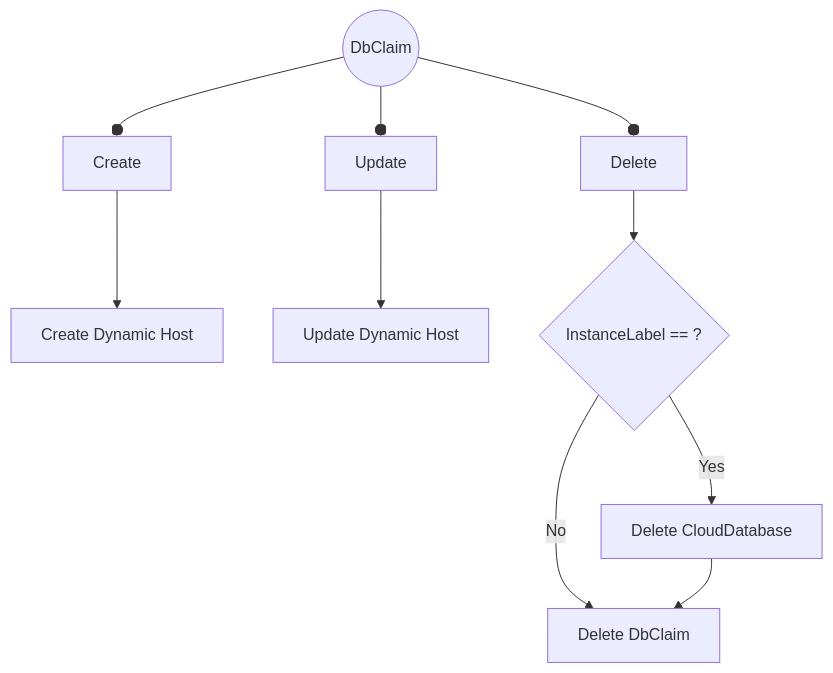
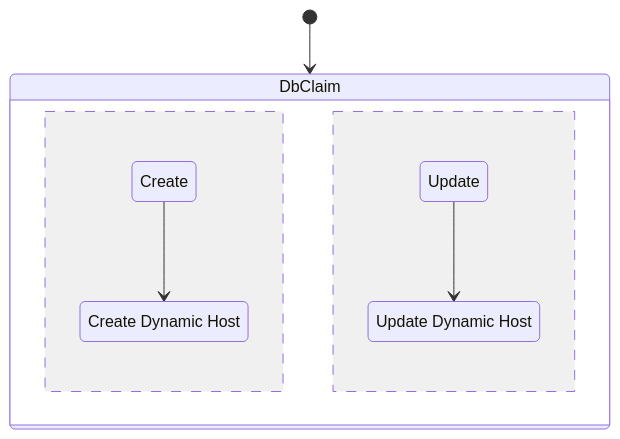
One commit to infobloxopen/db-controller changed the seventh of 8 diagrams in docs/index.md. Above: the diagram before and after it, drawn with Mermaid. The commit also changed other lines of this file, not shown here.

Commit message:
Converted lifecycle graph to state-machine

````diff
--- a/docs/index.md
+++ b/docs/index.md
@@ -514,12 +515,12 @@
 ```mermaid
-graph TB
-A((DbClaim)) --o B
-B[Create] --> D[Create Dynamic Host]
-C[Update] --> E[Update Dynamic Host]
-A --o C
-F[Delete] --> G{InstanceLabel == "" ?}
-A --o F
-G -- No --> H[Delete DbClaim]
-G -- Yes --> I[Delete CloudDatabase]
-I --> H
+stateDiagram-v2
+CDH: Create Dynamic Host
+CDU: Update Dynamic Host
+
+[*] --> DbClaim
+state DbClaim {
+    Create --> CDH
+    --
+    Update --> CDU
+}
 ```
````
